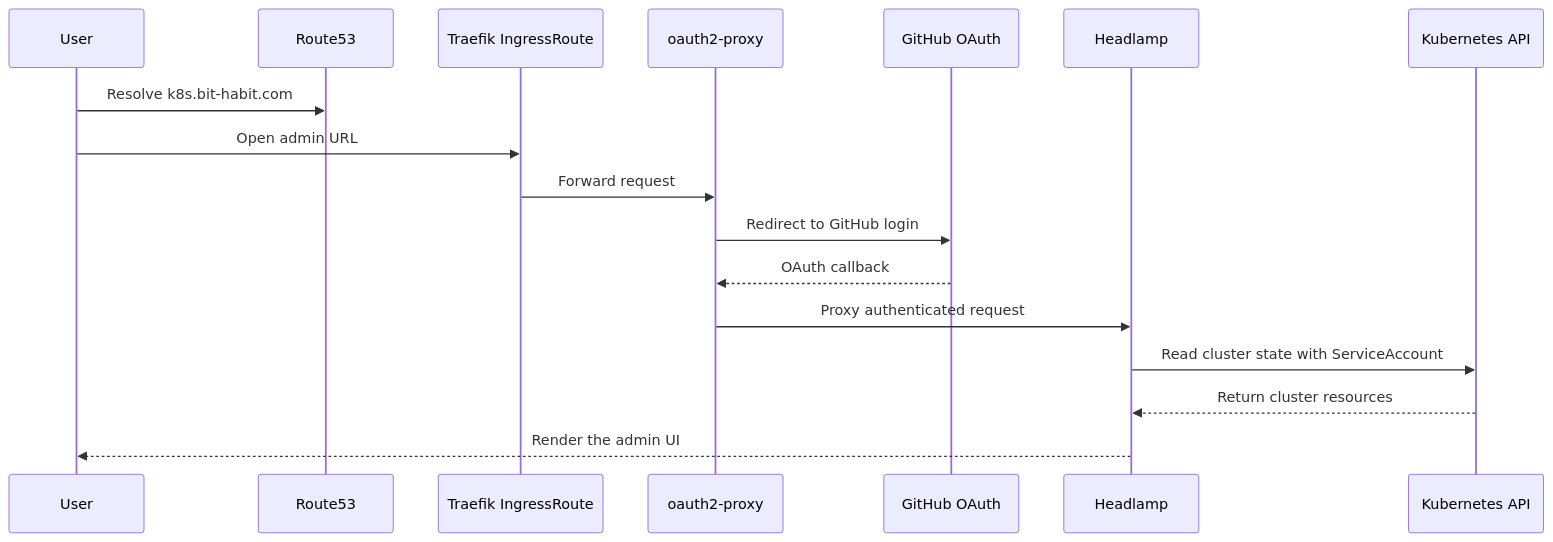
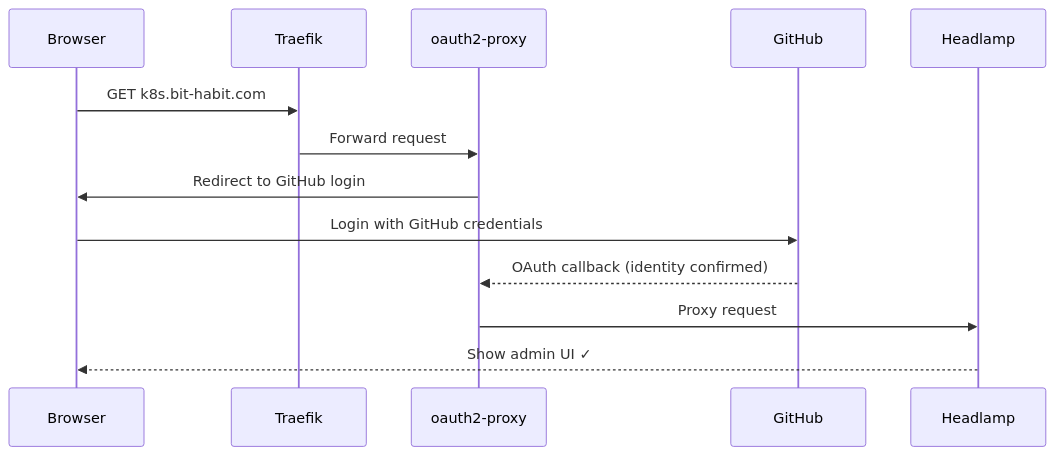
Diagram 11 of 14 in README.md (bookseal/bit-habit-infra), drawn with Mermaid before and after one commit. The commit also changed other lines of this file, not shown here.

````diff
--- a/README.md
+++ b/README.md
@@ -504,20 +515,16 @@
 ```mermaid
 sequenceDiagram
-    participant U as User
-    participant R as Route53
-    participant T as Traefik IngressRoute
+    participant U as Browser
+    participant T as Traefik
     participant O as oauth2-proxy
-    participant G as GitHub OAuth
+    participant G as GitHub
     participant H as Headlamp
-    participant K as Kubernetes API
 
-    U->>R: Resolve k8s.bit-habit.com
-    U->>T: Open admin URL
+    U->>T: GET k8s.bit-habit.com
     T->>O: Forward request
-    O->>G: Redirect to GitHub login
-    G-->>O: OAuth callback
-    O->>H: Proxy authenticated request
-    H->>K: Read cluster state with ServiceAccount
-    K-->>H: Return cluster resources
-    H-->>U: Render the admin UI
+    O->>U: Redirect to GitHub login
+    U->>G: Login with GitHub credentials
+    G-->>O: OAuth callback (identity confirmed)
+    O->>H: Proxy request
+    H-->>U: Show admin UI ✓
 ```
````
